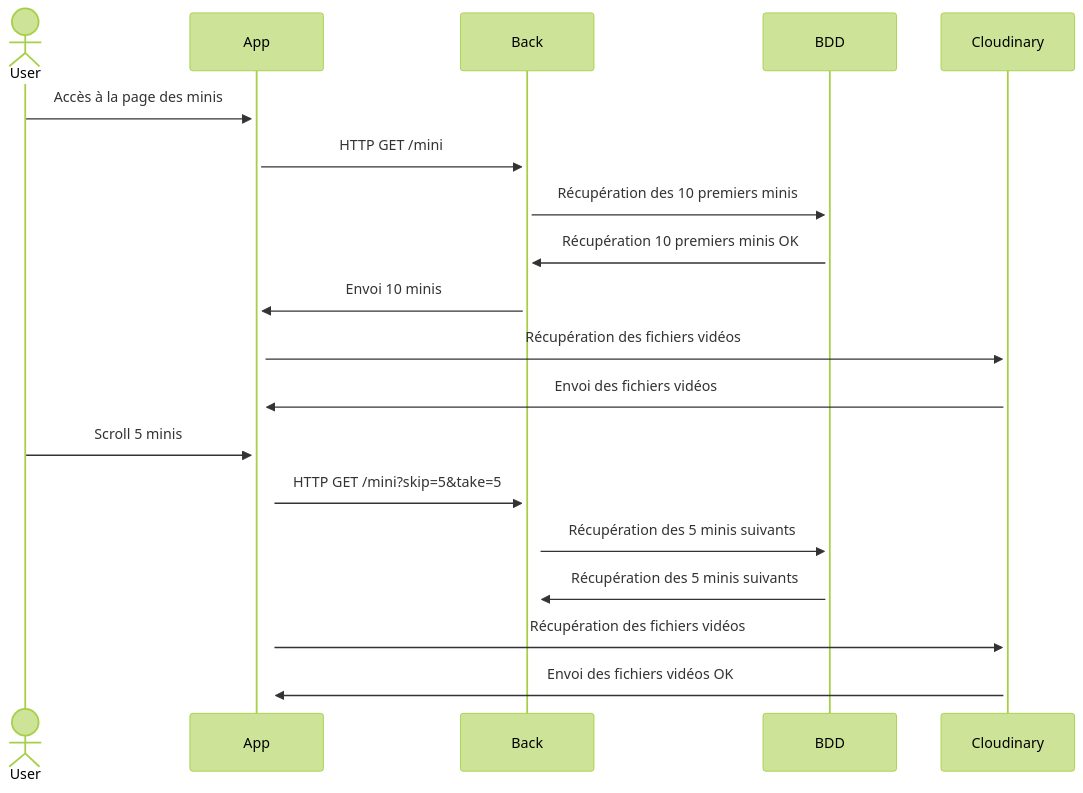
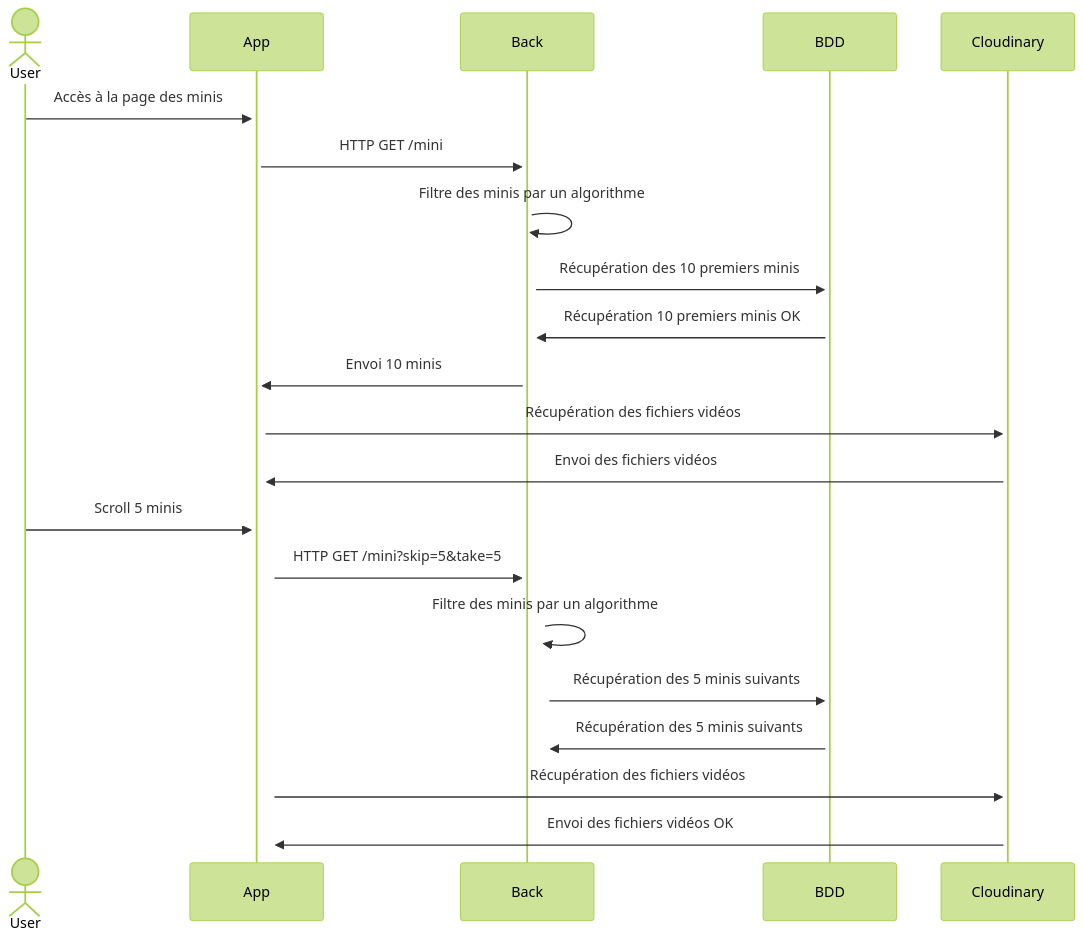
The second of 4 diagrams in DIAGRAMS.md (Kaylana1968/kook-ink), drawn with Mermaid (forest theme) before and after one commit. The commit also changed other lines of this file and 2 other files, not shown here.

Commit message:
rework: database models + some sequence diagrams

````diff
--- a/DIAGRAMS.md
+++ b/DIAGRAMS.md
@@ -22,17 +22,19 @@
 ```mermaid
 sequenceDiagram
     actor User
     User->>+App: Accès à la page des minis
     App->>+Back: HTTP GET /mini
+    Back->>+Back: Filtre des minis par un algorithme 
     Back->>+BDD: Récupération des 10 premiers minis
     BDD->>+Back: Récupération 10 premiers minis OK
     Back->>+App: Envoi 10 minis
     App->>+Cloudinary: Récupération des fichiers vidéos
     Cloudinary->>+App: Envoi des fichiers vidéos
     User->>+App: Scroll 5 minis
     App->>+Back: HTTP GET /mini?skip=5&take=5
+    Back->>+Back: Filtre des minis par un algorithme 
     Back->>+BDD: Récupération des 5 minis suivants
     BDD->>+Back: Récupération des 5 minis suivants 
     App->>+Cloudinary: Récupération des fichiers vidéos
     Cloudinary->>+App: Envoi des fichiers vidéos OK
 ```
````
